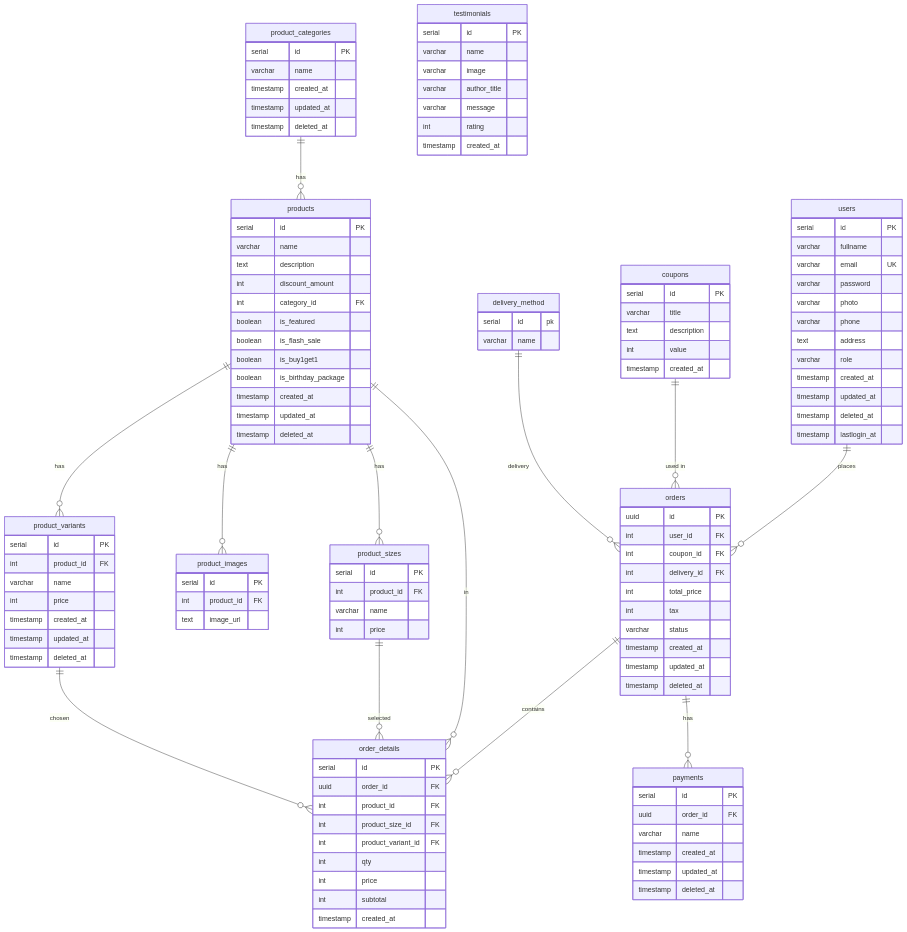
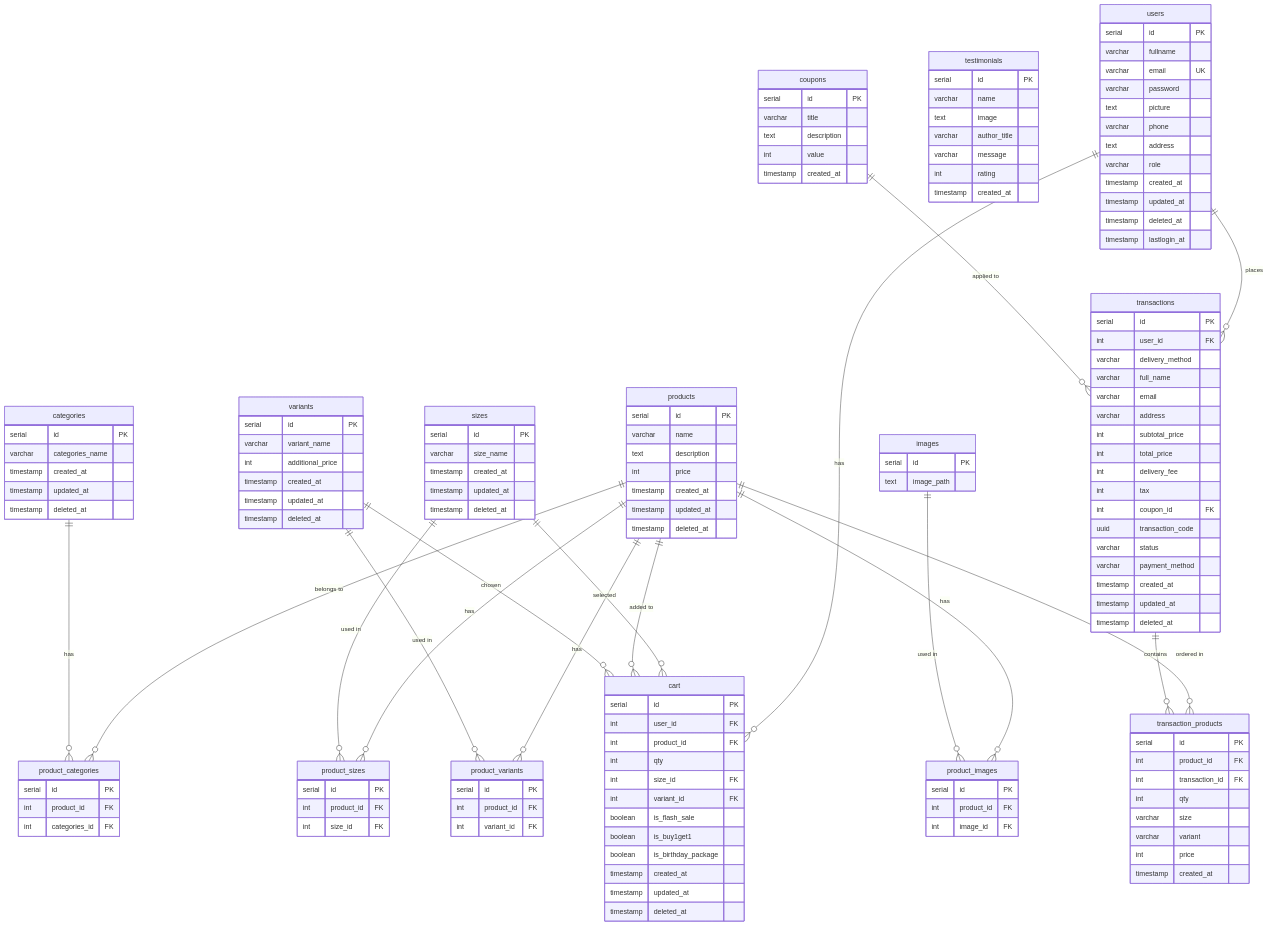
The diagram in README.md (VirgilIw/koda-b6-db), drawn with Mermaid before and after one commit. The commit also changed other lines of this file, not shown here.

Commit message:
Refactor ERD in README for clarity and accuracy

````diff
--- a/README.md
+++ b/README.md
@@ -7,7 +7,7 @@
         varchar fullname
         varchar email UK
         varchar password
-        varchar photo
+        text picture
         varchar phone
         text address
         varchar role
@@ -17,9 +17,9 @@
         timestamp lastlogin_at
     }
 
-    product_categories {
+    categories {
         serial id PK
-        varchar name
+        varchar categories_name
         timestamp created_at
         timestamp updated_at
         timestamp deleted_at
@@ -29,9 +29,19 @@
         serial id PK
         varchar name
         text description
-        int discount_amount
-        int category_id FK
-        boolean is_featured
+        int price
+        timestamp created_at
+        timestamp updated_at
+        timestamp deleted_at
+    }
+
+    cart {
+        serial id PK
+        int user_id FK
+        int product_id FK
+        int qty
+        int size_id FK
+        int variant_id FK
         boolean is_flash_sale
         boolean is_buy1get1
         boolean is_birthday_package
@@ -40,33 +50,56 @@
         timestamp deleted_at
     }
 
+    product_categories {
+        serial id PK
+        int product_id FK
+        int categories_id FK
+    }
+
+    sizes {
+        serial id PK
+        varchar size_name
+        timestamp created_at
+        timestamp updated_at
+        timestamp deleted_at
+    }
+
     product_sizes {
         serial id PK
         int product_id FK
-        varchar name
-        int price
+        int size_id FK
+    }
+
+    variants {
+        serial id PK
+        varchar variant_name
+        int additional_price
+        timestamp created_at
+        timestamp updated_at
+        timestamp deleted_at
+    }
+
+    product_variants {
+        serial id PK
+        int product_id FK
+        int variant_id FK
+    }
+
+    images {
+        serial id PK
+        text image_path
     }
 
     product_images {
         serial id PK
         int product_id FK
-        text image_url
-    }
-
-    product_variants {
-        serial id PK
-        int product_id FK
-        varchar name
-        int price
-        timestamp created_at
-        timestamp updated_at
-        timestamp deleted_at
+        int image_id FK
     }
 
     testimonials {
         serial id PK
         varchar name
-        varchar image
+        text image
         varchar author_title
         varchar message
         int rating
@@ -81,55 +114,51 @@
         timestamp created_at
     }
 
-    orders {
-        uuid id PK
+    transactions {
+        serial id PK
         int user_id FK
+        varchar delivery_method
+        varchar full_name
+        varchar email
+        varchar address
+        int subtotal_price
+        int total_price
+        int delivery_fee
+        int tax
         int coupon_id FK
-        int delivery_id FK
-        int total_price
-        int tax
+        uuid transaction_code
         varchar status
+        varchar payment_method
         timestamp created_at
         timestamp updated_at
         timestamp deleted_at
     }
 
-    order_details {
+    transaction_products {
         serial id PK
-        uuid order_id FK
         int product_id FK
-        int product_size_id FK
-        int product_variant_id FK
+        int transaction_id FK
         int qty
+        varchar size
+        varchar variant
         int price
-        int subtotal
         timestamp created_at
     }
 
-    payments {
-        serial id PK
-        uuid order_id FK
-        varchar name
-        timestamp created_at
-        timestamp updated_at
-        timestamp deleted_at
-    }
-
-    delivery_method {
-        serial id pk
-        varchar name
-    }
-
-    product_categories ||--o{ products : "has"
+    users ||--o{ cart : "has"
+    sizes ||--o{ cart : "selected"
+    products ||--o{ cart : "added to"
+    variants ||--o{ cart : "chosen"
+    products ||--o{ product_categories : "belongs to"
+    categories ||--o{ product_categories : "has"
     products ||--o{ product_sizes : "has"
+    products ||--o{ product_variants : "has"
+    sizes ||--o{ product_sizes : "used in"
     products ||--o{ product_images : "has"
-    products ||--o{ product_variants : "has"
-    users ||--o{ orders : "places"
-    coupons ||--o{ orders : "used in"
-    orders ||--o{ order_details : "contains"
-    orders ||--o{ payments : "has"
-    products ||--o{ order_details : "in"
-    product_sizes ||--o{ order_details : "selected"
-    product_variants ||--o{ order_details : "chosen"
-    delivery_method ||--o{ orders : delivery
+    variants ||--o{ product_variants : "used in"
+    users ||--o{ transactions : "places"
+    images ||--o{ product_images : "used in"
+    products ||--o{ transaction_products : "ordered in"
+    transactions ||--o{ transaction_products : "contains"
+    coupons ||--o{ transactions : "applied to"
 ```
````
